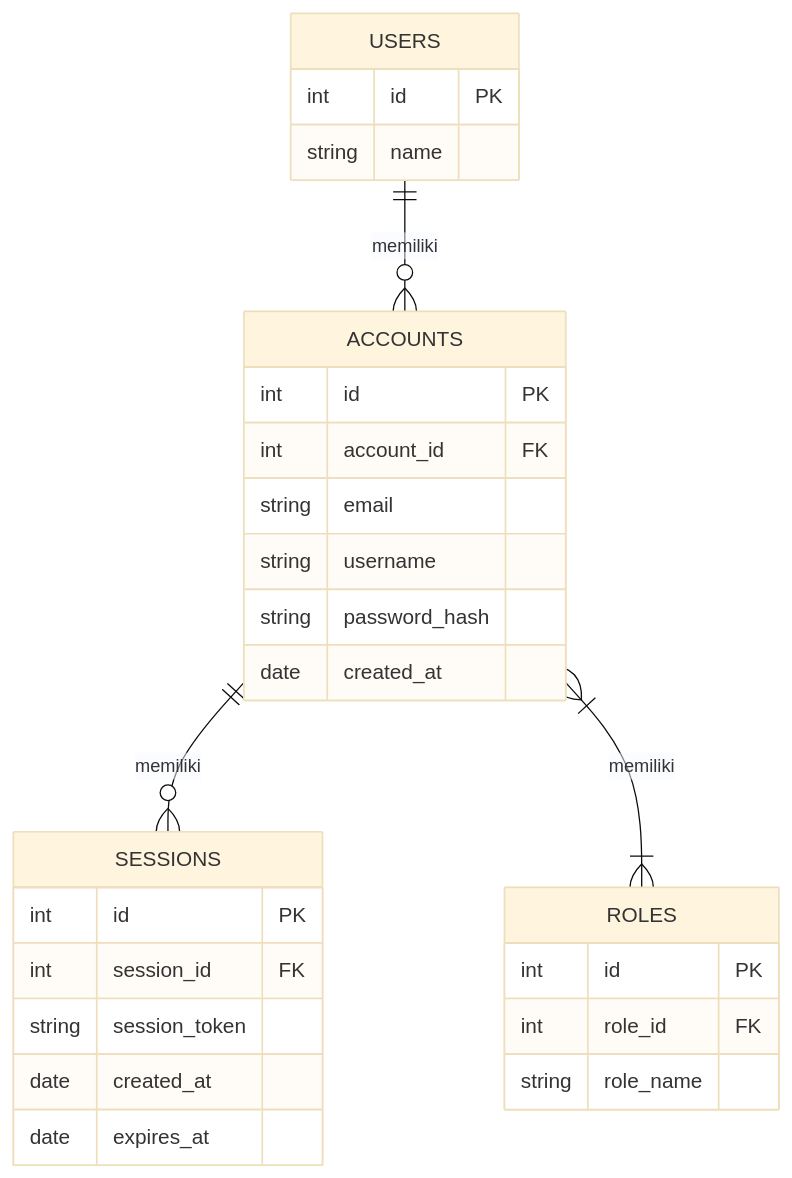
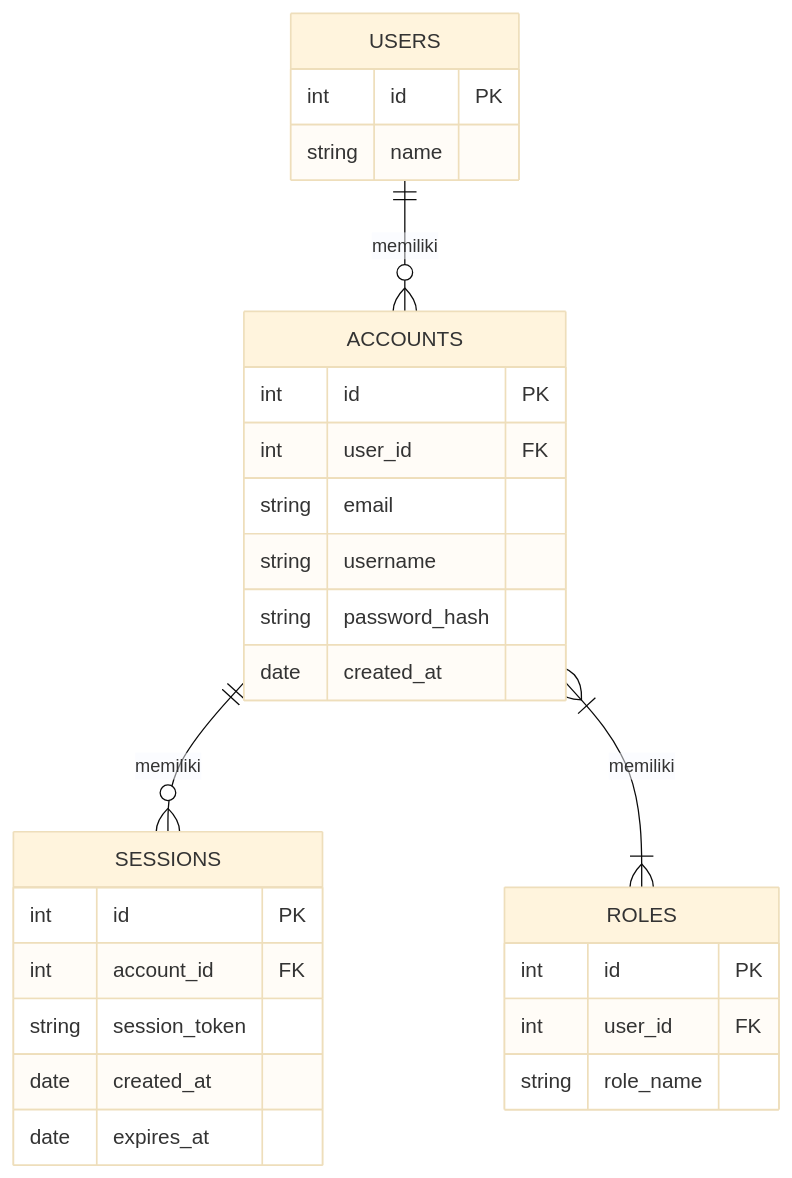
Before and after one commit to dev-Flone/koda-b1-db4: the diagram in authentication/linting.md, drawn with Mermaid (base theme). The commit also changed 1 other file, not shown here.

Commit message:
fix: naming issues

````diff
--- a/authentication/linting.md
+++ b/authentication/linting.md
@@ -2,36 +2,36 @@
 ``` mermaid
 erDiagram
     direction TB    
 
     USERS ||--o{ ACCOUNTS: "memiliki"
     ACCOUNTS ||--o{ SESSIONS: "memiliki"
     ACCOUNTS }|--|{ ROLES: "memiliki"
 
     USERS {
         int id PK
         string name
     }
 
     ACCOUNTS {
         int id PK
-        int account_id FK
+        int user_id FK
         string email
         string username
         string password_hash
         date created_at
     }
 
     SESSIONS {
         int id PK
-        int session_id FK
+        int account_id FK
         string session_token
         date created_at
         date expires_at
     }
 
     ROLES {
         int id PK
-        int role_id FK
+        int user_id FK
         string role_name
     }
 ```
````
